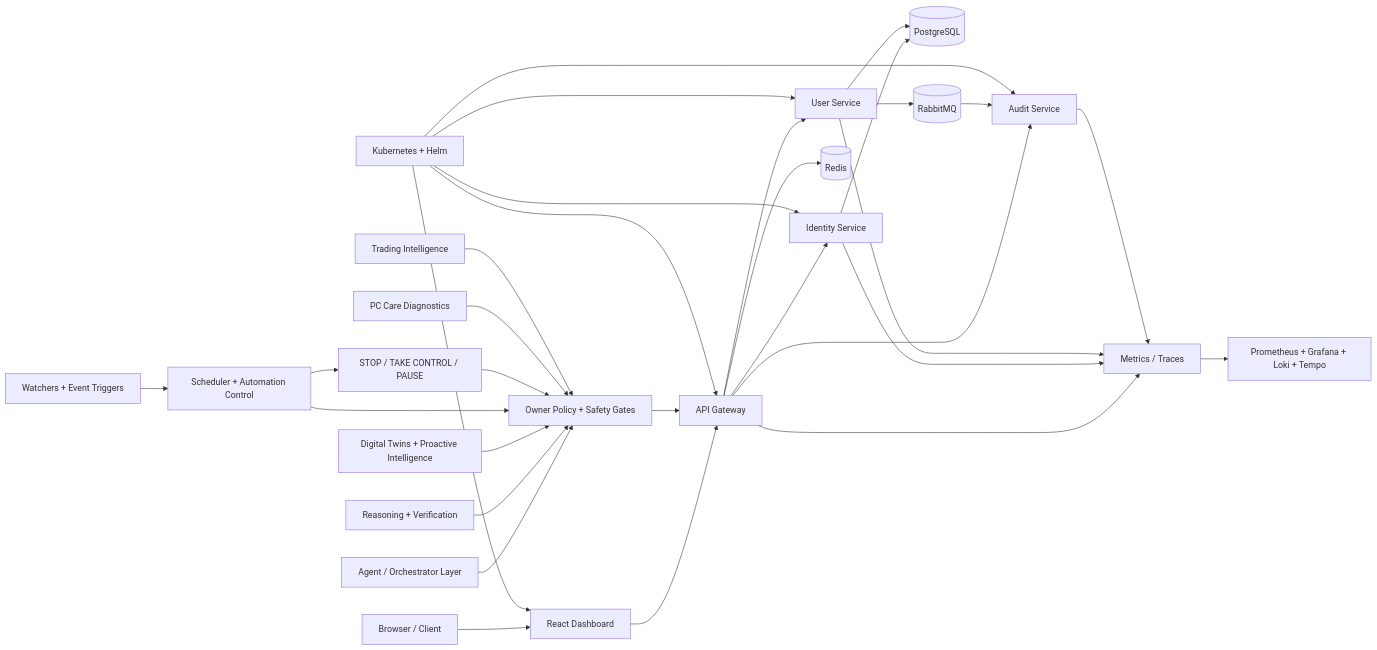
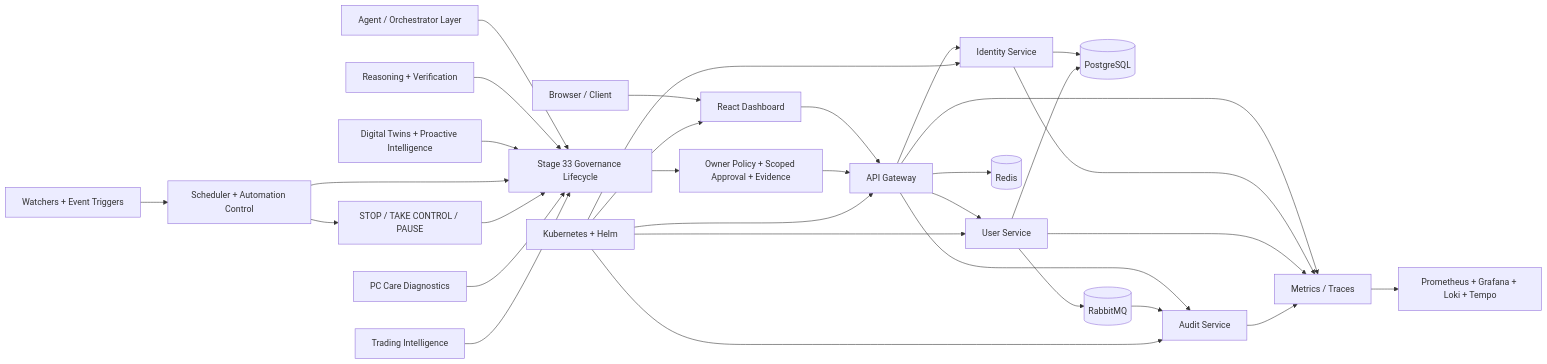
The diagram in README.md (teldigi5-wq/aetheris-platform), drawn with Mermaid before and after one commit. The commit also changed other lines of this file, not shown here.

Commit message:
docs: surface Stage 33 governance milestone

````diff
--- a/README.md
+++ b/README.md
@@ -85,33 +93,34 @@
 ```mermaid
 flowchart LR
     U[Browser / Client] --> D[React Dashboard]
     D --> G[API Gateway]
     G --> I[Identity Service]
     G --> S[User Service]
     G --> A[Audit Service]
     G --> R[(Redis)]
     I --> P[(PostgreSQL)]
     S --> P
     S --> M[(RabbitMQ)]
     M --> A
     G --> O[Metrics / Traces]
     I --> O
     S --> O
     A --> O
     O --> OBS[Prometheus + Grafana + Loki + Tempo]
     EVT[Watchers + Event Triggers] --> AUTO[Scheduler + Automation Control]
     AUTO --> EMG[STOP / TAKE CONTROL / PAUSE]
-    AG[Agent / Orchestrator Layer] --> POL[Owner Policy + Safety Gates]
-    RSN[Reasoning + Verification] --> POL
-    TWIN[Digital Twins + Proactive Intelligence] --> POL
-    AUTO --> POL
-    EMG --> POL
-    PC[PC Care Diagnostics] --> POL
-    TRD[Trading Intelligence] --> POL
+    AG[Agent / Orchestrator Layer] --> GOV[Stage 33 Governance Lifecycle]
+    RSN[Reasoning + Verification] --> GOV
+    TWIN[Digital Twins + Proactive Intelligence] --> GOV
+    AUTO --> GOV
+    EMG --> GOV
+    PC[PC Care Diagnostics] --> GOV
+    TRD[Trading Intelligence] --> GOV
+    GOV --> POL[Owner Policy + Scoped Approval + Evidence]
     POL --> G
     K[Kubernetes + Helm] --> D
     K --> G
     K --> I
     K --> S
     K --> A
 ```
````
